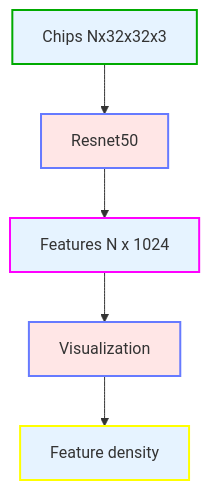
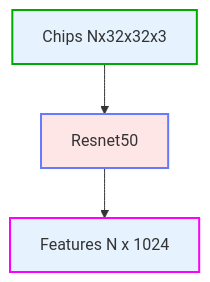
Before and after one commit to catskillsresearch/broad-3-catskills: the diagram in mermaid/template_patches_to_features.mmd, drawn with Mermaid. The commit also changed 58 other files, not shown here.

```diff
--- a/mermaid/template_patches_to_features.mmd
+++ b/mermaid/template_patches_to_features.mmd
@@ -1,14 +1,11 @@
 %%{init: {'themeVariables': {'nodeTextColor':'#000'}}}%%
 flowchart TD
     classDef data fill:#e6f3ff,stroke:#66b3ff,stroke-width:2px
     classDef op fill:#ffe6e6,stroke:#667aff,stroke-width:2px,shape:round-rect
     classDef inputData fill:#e6f3ff,stroke:#00AA00,stroke-width:2px
     classDef outputData fill:#e6f3ff,stroke:#FF00FF,stroke-width:2px
     classDef outputMetric fill:#e6f3ff,stroke:#FFFF00,stroke-width:2px
 
     data2["Chips Nx32x32x3"]:::inputData
     data2 --> op2["Resnet50"]:::op
     op2 --> data3["Features N x 1024"]:::outputData
-    op3aa["Visualization"]:::op
-    data3aa["Feature density"]:::outputMetric
-    data3 --> op3aa --> data3aa
```
